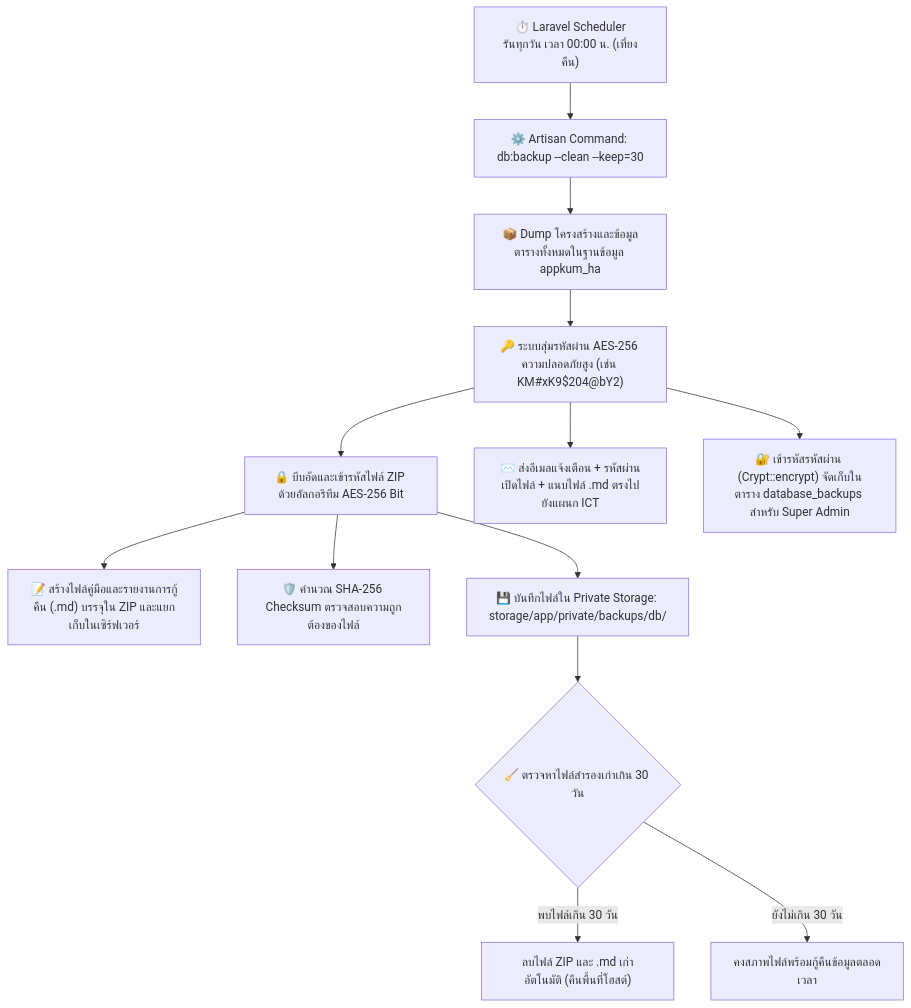
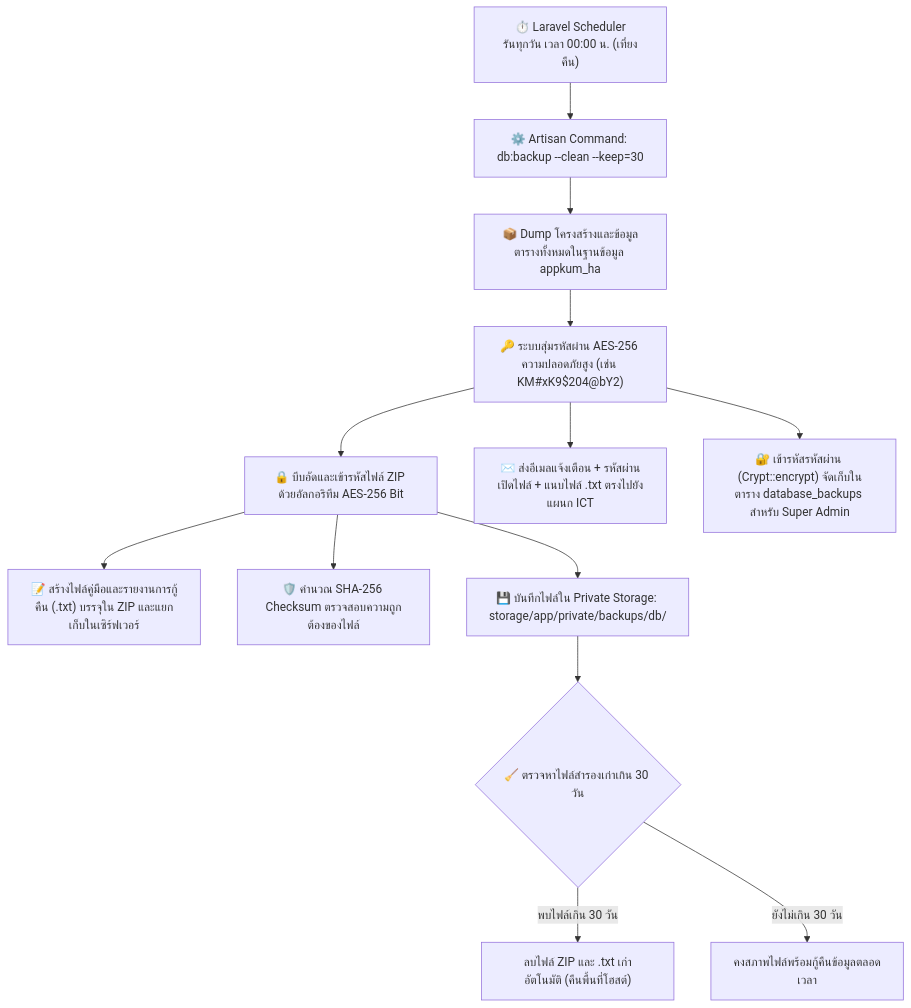
Before and after one commit to Kittipatmon/new-ha-project: the diagram in DATABASE_BACKUP_MANUAL.md, drawn with Mermaid. The commit also changed other lines of this file and 5 other files, not shown here.

````diff
--- a/DATABASE_BACKUP_MANUAL.md
+++ b/DATABASE_BACKUP_MANUAL.md
@@ -24,15 +24,15 @@
 ```mermaid
 flowchart TD
     A["⏱️ Laravel Scheduler<br/>รันทุกวัน เวลา 00:00 น. (เที่ยงคืน)"] --> B["⚙️ Artisan Command: db:backup --clean --keep=30"]
     B --> C["📦 Dump โครงสร้างและข้อมูลตารางทั้งหมดในฐานข้อมูล appkum_ha"]
     C --> D["🔑 ระบบสุ่มรหัสผ่าน AES-256 ความปลอดภัยสูง (เช่น KM#xK9$204@bY2)"]
     D --> E["🔒 บีบอัดและเข้ารหัสไฟล์ ZIP ด้วยอัลกอริทึม AES-256 Bit"]
-    E --> F["📝 สร้างไฟล์คู่มือและรายงานการกู้คืน (.md) บรรจุใน ZIP และแยกเก็บในเซิร์ฟเวอร์"]
+    E --> F["📝 สร้างไฟล์คู่มือและรายงานการกู้คืน (.txt) บรรจุใน ZIP และแยกเก็บในเซิร์ฟเวอร์"]
     E --> G["🛡️ คำนวณ SHA-256 Checksum ตรวจสอบความถูกต้องของไฟล์"]
     E --> H["💾 บันทึกไฟล์ใน Private Storage: storage/app/private/backups/db/"]
-    D --> I["✉️ ส่งอีเมลแจ้งเตือน + รหัสผ่านเปิดไฟล์ + แนบไฟล์ .md ตรงไปยังแผนก ICT"]
+    D --> I["✉️ ส่งอีเมลแจ้งเตือน + รหัสผ่านเปิดไฟล์ + แนบไฟล์ .txt ตรงไปยังแผนก ICT"]
     D --> J["🔐 เข้ารหัสรหัสผ่าน (Crypt::encrypt) จัดเก็บในตาราง database_backups สำหรับ Super Admin"]
     H --> K{"🧹 ตรวจหาไฟล์สำรองเก่าเกิน 30 วัน"}
-    K -- "พบไฟล์เกิน 30 วัน" --> L["ลบไฟล์ ZIP และ .md เก่าอัตโนมัติ (คืนพื้นที่โฮสต์)"]
+    K -- "พบไฟล์เกิน 30 วัน" --> L["ลบไฟล์ ZIP และ .txt เก่าอัตโนมัติ (คืนพื้นที่โฮสต์)"]
     K -- "ยังไม่เกิน 30 วัน" --> M["คงสภาพไฟล์พร้อมกู้คืนข้อมูลตลอดเวลา"]
 ```
````
